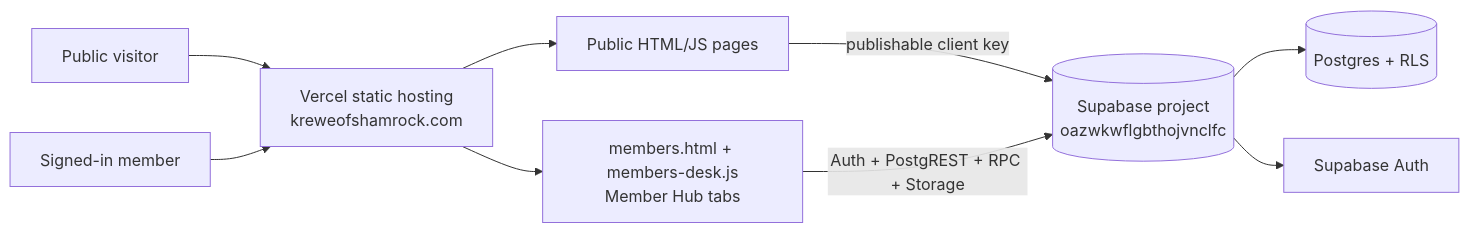
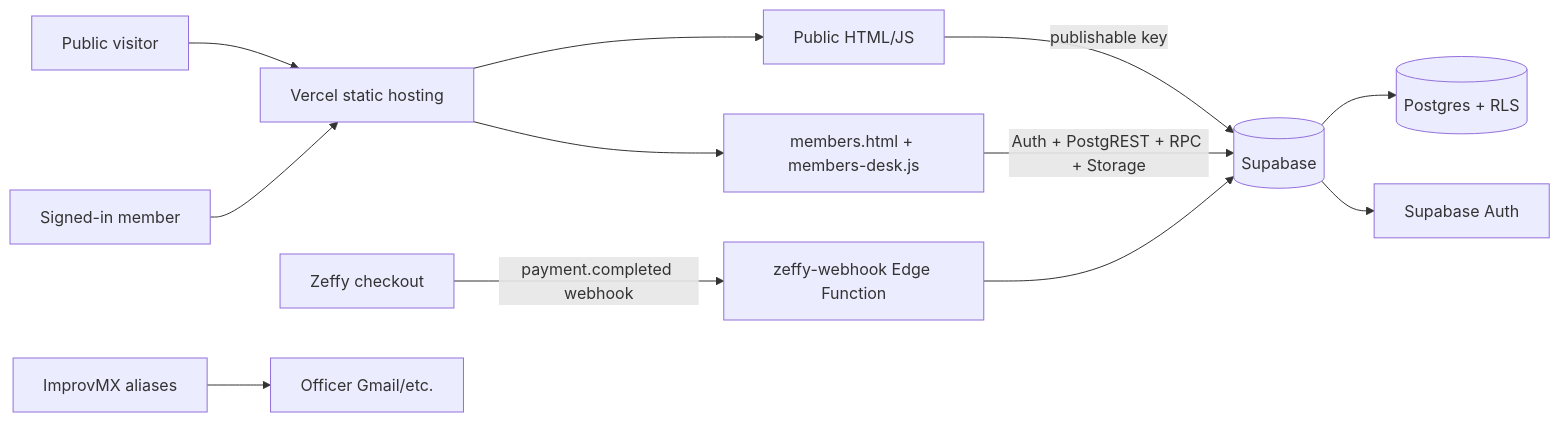
The first of 2 diagrams in SOFTWARE_ARCHITECTURE.md (MissTully/Shamrock), drawn with Mermaid before and after one commit. The commit also changed other lines of this file, not shown here.

Commit message:
Handoff: expand SOFTWARE_ARCHITECTURE.md with costs, Craic, security, integrations

````diff
--- a/SOFTWARE_ARCHITECTURE.md
+++ b/SOFTWARE_ARCHITECTURE.md
@@ -11,11 +26,14 @@
 ```mermaid
 flowchart LR
-  Visitor[Public visitor] --> Vercel[Vercel static hosting\nkreweofshamrock.com]
+  Visitor[Public visitor] --> Vercel[Vercel static hosting]
   Member[Signed-in member] --> Vercel
-  Vercel --> Public[Public HTML/JS pages]
-  Vercel --> Hub[members.html + members-desk.js\nMember Hub tabs]
-  Public -->|publishable client key| Supabase[(Supabase project\noazwkwflgbthojvnclfc)]
-  Hub -->|Auth + PostgREST + RPC + Storage| Supabase
-  Supabase --> Postgres[(Postgres + RLS)]
-  Supabase --> Auth[Supabase Auth]
+  Vercel --> Public[Public HTML/JS]
+  Vercel --> Hub[members.html + members-desk.js]
+  Public -->|publishable key| SB[(Supabase)]
+  Hub -->|Auth + PostgREST + RPC + Storage| SB
+  Zeffy[Zeffy checkout] -->|payment.completed webhook| EF[zeffy-webhook Edge Function]
+  EF --> SB
+  SB --> PG[(Postgres + RLS)]
+  SB --> Auth[Supabase Auth]
+  Mail[ImprovMX aliases] --> Inboxes[Officer Gmail/etc.]
 ```
````
